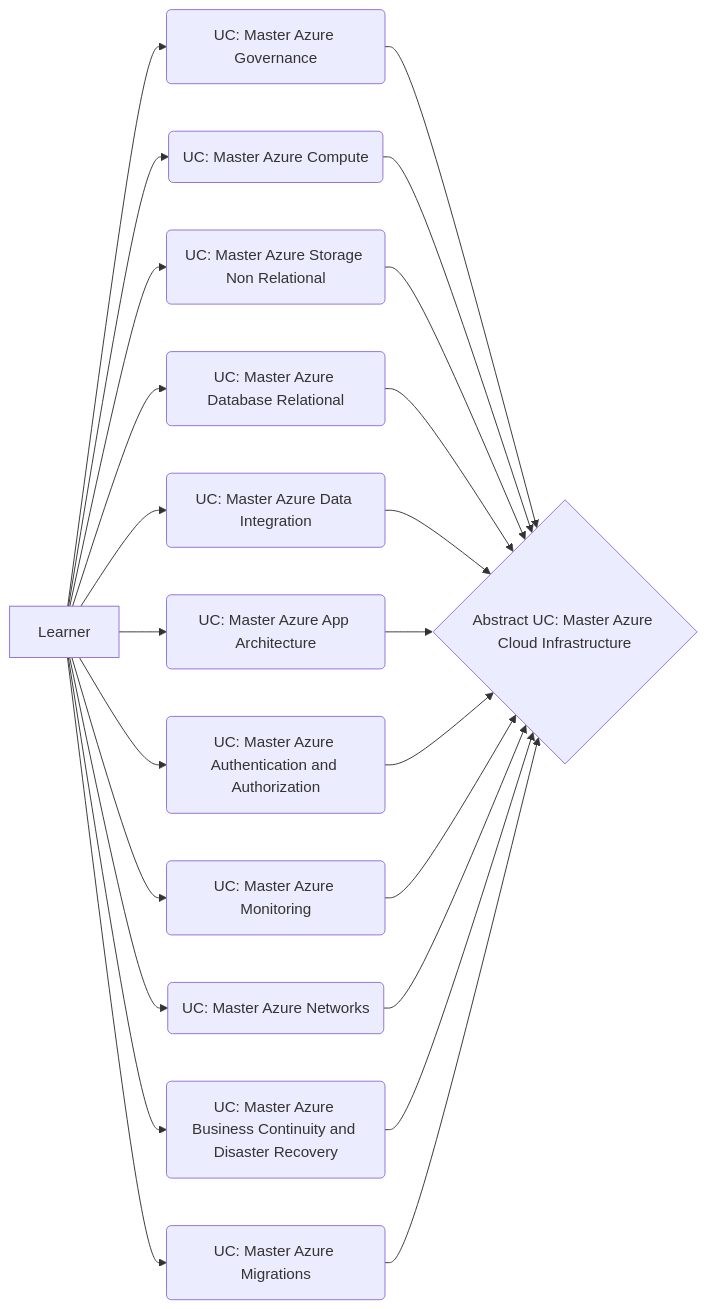
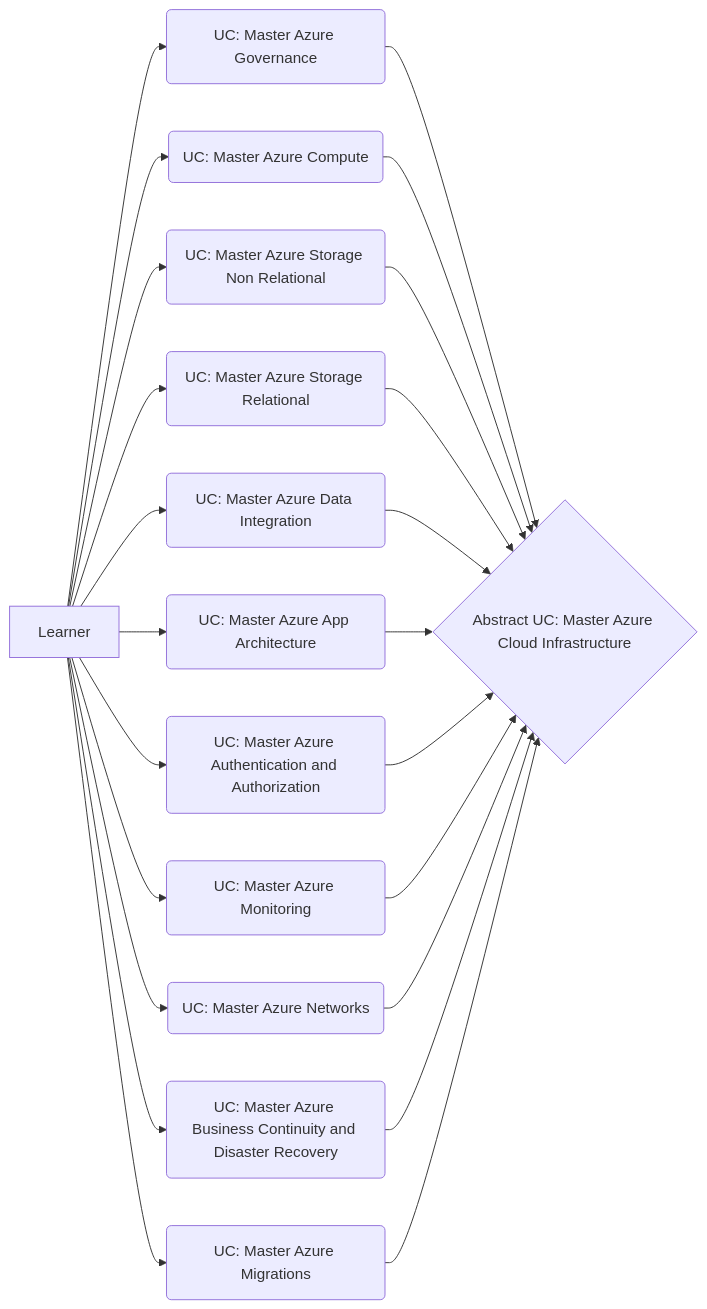
One commit to vanHeemstraSystems/learning-azure-cloud-infrastructure-use-cases changed the diagram in index.qmd. Above: the diagram before and after it, drawn with Mermaid.

````diff
--- a/index.qmd
+++ b/index.qmd
@@ -11,25 +11,25 @@
 ```{mermaid}
 flowchart LR
   A[Learner] --> B(UC: Master Azure Governance)
   A[Learner] --> C(UC: Master Azure Compute)
   A[Learner] --> D(UC: Master Azure Storage Non Relational)
-  A[Learner] --> E(UC: Master Azure Database Relational)
+  A[Learner] --> E(UC: Master Azure Storage Relational)
   A[Learner] --> F(UC: Master Azure Data Integration)
   A[Learner] --> G(UC: Master Azure App Architecture)
   A[Learner] --> H(UC: Master Azure Authentication and Authorization)
   A[Learner] --> I(UC: Master Azure Monitoring)
   A[Learner] --> J(UC: Master Azure Networks)
   A[Learner] --> K(UC: Master Azure Business Continuity and Disaster Recovery)
   A[Learner] --> L(UC: Master Azure Migrations)
   B --> O{Abstract UC: Master Azure Cloud Infrastructure}
   C --> O{Abstract UC: Master Azure Cloud Infrastructure}
   D --> O{Abstract UC: Master Azure Cloud Infrastructure}
   E --> O{Abstract UC: Master Azure Cloud Infrastructure}
   F --> O{Abstract UC: Master Azure Cloud Infrastructure}
   G --> O{Abstract UC: Master Azure Cloud Infrastructure}
   H --> O{Abstract UC: Master Azure Cloud Infrastructure}
   I --> O{Abstract UC: Master Azure Cloud Infrastructure}
   J --> O{Abstract UC: Master Azure Cloud Infrastructure}
   K --> O{Abstract UC: Master Azure Cloud Infrastructure}
   L --> O{Abstract UC: Master Azure Cloud Infrastructure}
 ```
````
